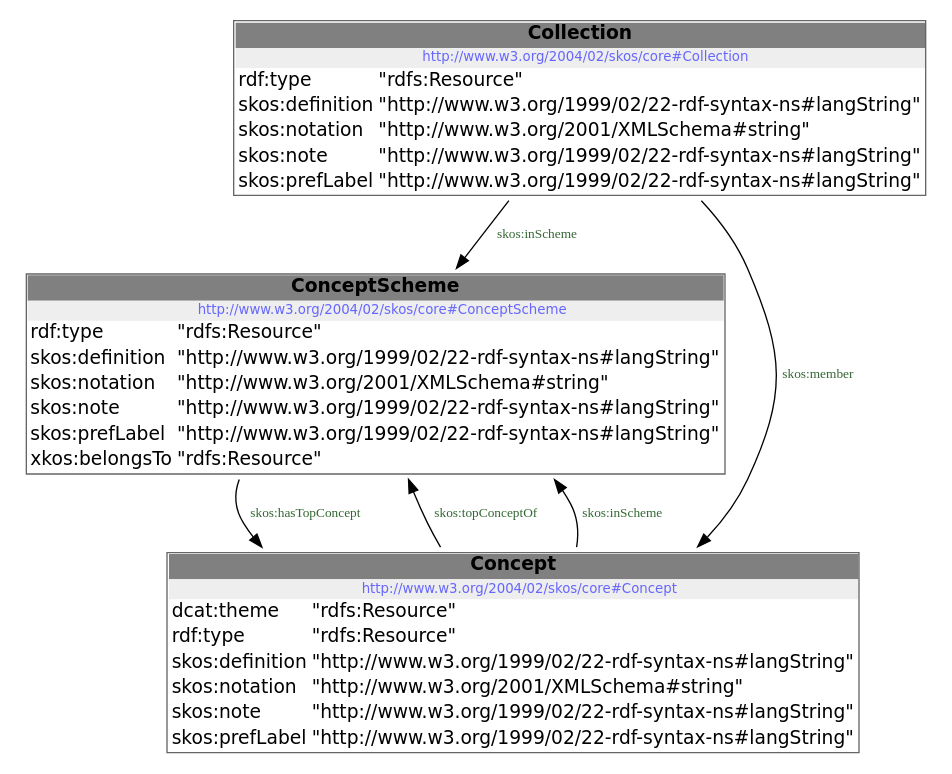
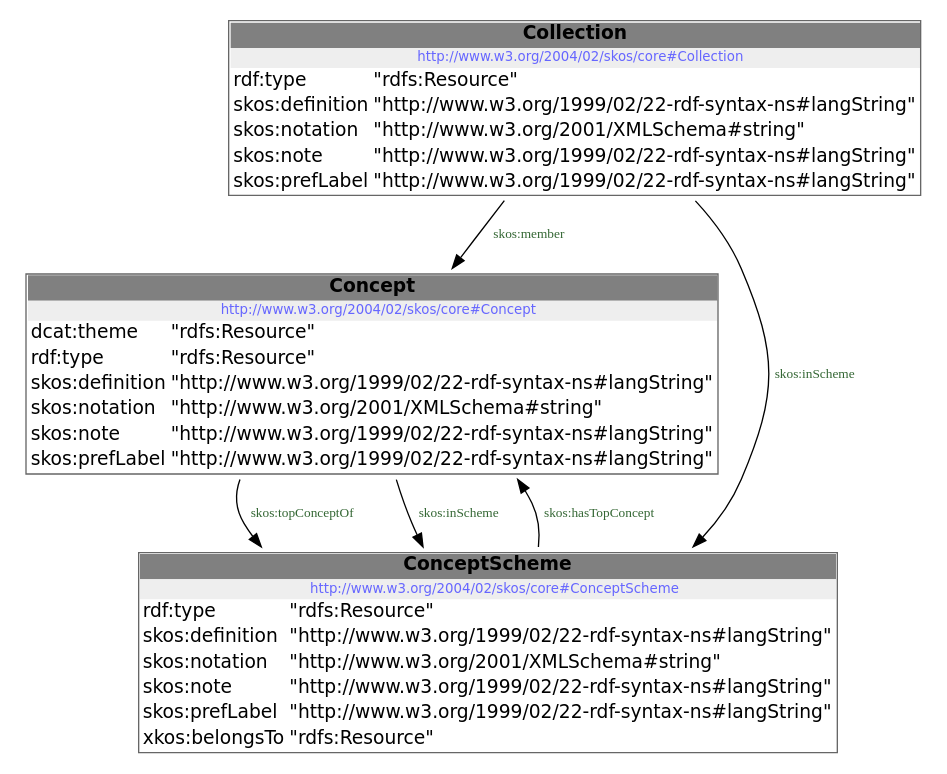
Before and after one commit to milieuinfo/codelijst-emissie: the diagram in src/documentation/model.dot, drawn with Graphviz. The commit also changed 5 other files, not shown here.

```diff
--- a/src/documentation/model.dot
+++ b/src/documentation/model.dot
@@ -1,14 +1,14 @@
 digraph { 
  node [ fontname="DejaVu Sans" ] ; 
+	node0 -> node2 [ color=BLACK, label=< <font point-size='10' color='#336633'>skos:topConceptOf</font> > ] ;
+	node2 -> node0 [ color=BLACK, label=< <font point-size='10' color='#336633'>skos:hasTopConcept</font> > ] ;
 	node0 -> node2 [ color=BLACK, label=< <font point-size='10' color='#336633'>skos:inScheme</font> > ] ;
-	node2 -> node1 [ color=BLACK, label=< <font point-size='10' color='#336633'>skos:hasTopConcept</font> > ] ;
-	node0 -> node1 [ color=BLACK, label=< <font point-size='10' color='#336633'>skos:member</font> > ] ;
-	node1 -> node2 [ color=BLACK, label=< <font point-size='10' color='#336633'>skos:topConceptOf</font> > ] ;
 	node1 -> node2 [ color=BLACK, label=< <font point-size='10' color='#336633'>skos:inScheme</font> > ] ;
-# http://www.w3.org/2004/02/skos/core#Collection node0
-node0 [ shape=none, color=black label=< <table color='#666666' cellborder='0' cellspacing='0' border='1'><tr><td colspan='2' bgcolor='grey'><B>Collection</B></td></tr><tr><td href='http://www.w3.org/2004/02/skos/core#Collection' bgcolor='#eeeeee' colspan='2'><font point-size='10' color='#6666ff'>http://www.w3.org/2004/02/skos/core#Collection</font></td></tr><tr><td align='left'>rdf:type</td><td align='left'>&quot;rdfs:Resource&quot;</td></tr><tr><td align='left'>skos:definition</td><td align='left'>&quot;http://www.w3.org/1999/02/22-rdf-syntax-ns#langString&quot;</td></tr><tr><td align='left'>skos:notation</td><td align='left'>&quot;http://www.w3.org/2001/XMLSchema#string&quot;</td></tr><tr><td align='left'>skos:note</td><td align='left'>&quot;http://www.w3.org/1999/02/22-rdf-syntax-ns#langString&quot;</td></tr><tr><td align='left'>skos:prefLabel</td><td align='left'>&quot;http://www.w3.org/1999/02/22-rdf-syntax-ns#langString&quot;</td></tr></table> > ] 
-# http://www.w3.org/2004/02/skos/core#Concept node1
-node1 [ shape=none, color=black label=< <table color='#666666' cellborder='0' cellspacing='0' border='1'><tr><td colspan='2' bgcolor='grey'><B>Concept</B></td></tr><tr><td href='http://www.w3.org/2004/02/skos/core#Concept' bgcolor='#eeeeee' colspan='2'><font point-size='10' color='#6666ff'>http://www.w3.org/2004/02/skos/core#Concept</font></td></tr><tr><td align='left'>dcat:theme</td><td align='left'>&quot;rdfs:Resource&quot;</td></tr><tr><td align='left'>rdf:type</td><td align='left'>&quot;rdfs:Resource&quot;</td></tr><tr><td align='left'>skos:definition</td><td align='left'>&quot;http://www.w3.org/1999/02/22-rdf-syntax-ns#langString&quot;</td></tr><tr><td align='left'>skos:notation</td><td align='left'>&quot;http://www.w3.org/2001/XMLSchema#string&quot;</td></tr><tr><td align='left'>skos:note</td><td align='left'>&quot;http://www.w3.org/1999/02/22-rdf-syntax-ns#langString&quot;</td></tr><tr><td align='left'>skos:prefLabel</td><td align='left'>&quot;http://www.w3.org/1999/02/22-rdf-syntax-ns#langString&quot;</td></tr></table> > ] 
+	node1 -> node0 [ color=BLACK, label=< <font point-size='10' color='#336633'>skos:member</font> > ] ;
+# http://www.w3.org/2004/02/skos/core#Concept node0
+node0 [ shape=none, color=black label=< <table color='#666666' cellborder='0' cellspacing='0' border='1'><tr><td colspan='2' bgcolor='grey'><B>Concept</B></td></tr><tr><td href='http://www.w3.org/2004/02/skos/core#Concept' bgcolor='#eeeeee' colspan='2'><font point-size='10' color='#6666ff'>http://www.w3.org/2004/02/skos/core#Concept</font></td></tr><tr><td align='left'>dcat:theme</td><td align='left'>&quot;rdfs:Resource&quot;</td></tr><tr><td align='left'>rdf:type</td><td align='left'>&quot;rdfs:Resource&quot;</td></tr><tr><td align='left'>skos:definition</td><td align='left'>&quot;http://www.w3.org/1999/02/22-rdf-syntax-ns#langString&quot;</td></tr><tr><td align='left'>skos:notation</td><td align='left'>&quot;http://www.w3.org/2001/XMLSchema#string&quot;</td></tr><tr><td align='left'>skos:note</td><td align='left'>&quot;http://www.w3.org/1999/02/22-rdf-syntax-ns#langString&quot;</td></tr><tr><td align='left'>skos:prefLabel</td><td align='left'>&quot;http://www.w3.org/1999/02/22-rdf-syntax-ns#langString&quot;</td></tr></table> > ] 
+# http://www.w3.org/2004/02/skos/core#Collection node1
+node1 [ shape=none, color=black label=< <table color='#666666' cellborder='0' cellspacing='0' border='1'><tr><td colspan='2' bgcolor='grey'><B>Collection</B></td></tr><tr><td href='http://www.w3.org/2004/02/skos/core#Collection' bgcolor='#eeeeee' colspan='2'><font point-size='10' color='#6666ff'>http://www.w3.org/2004/02/skos/core#Collection</font></td></tr><tr><td align='left'>rdf:type</td><td align='left'>&quot;rdfs:Resource&quot;</td></tr><tr><td align='left'>skos:definition</td><td align='left'>&quot;http://www.w3.org/1999/02/22-rdf-syntax-ns#langString&quot;</td></tr><tr><td align='left'>skos:notation</td><td align='left'>&quot;http://www.w3.org/2001/XMLSchema#string&quot;</td></tr><tr><td align='left'>skos:note</td><td align='left'>&quot;http://www.w3.org/1999/02/22-rdf-syntax-ns#langString&quot;</td></tr><tr><td align='left'>skos:prefLabel</td><td align='left'>&quot;http://www.w3.org/1999/02/22-rdf-syntax-ns#langString&quot;</td></tr></table> > ] 
 # http://www.w3.org/2004/02/skos/core#ConceptScheme node2
 node2 [ shape=none, color=black label=< <table color='#666666' cellborder='0' cellspacing='0' border='1'><tr><td colspan='2' bgcolor='grey'><B>ConceptScheme</B></td></tr><tr><td href='http://www.w3.org/2004/02/skos/core#ConceptScheme' bgcolor='#eeeeee' colspan='2'><font point-size='10' color='#6666ff'>http://www.w3.org/2004/02/skos/core#ConceptScheme</font></td></tr><tr><td align='left'>rdf:type</td><td align='left'>&quot;rdfs:Resource&quot;</td></tr><tr><td align='left'>skos:definition</td><td align='left'>&quot;http://www.w3.org/1999/02/22-rdf-syntax-ns#langString&quot;</td></tr><tr><td align='left'>skos:notation</td><td align='left'>&quot;http://www.w3.org/2001/XMLSchema#string&quot;</td></tr><tr><td align='left'>skos:note</td><td align='left'>&quot;http://www.w3.org/1999/02/22-rdf-syntax-ns#langString&quot;</td></tr><tr><td align='left'>skos:prefLabel</td><td align='left'>&quot;http://www.w3.org/1999/02/22-rdf-syntax-ns#langString&quot;</td></tr><tr><td align='left'>xkos:belongsTo</td><td align='left'>&quot;rdfs:Resource&quot;</td></tr></table> > ] 
 }
```
